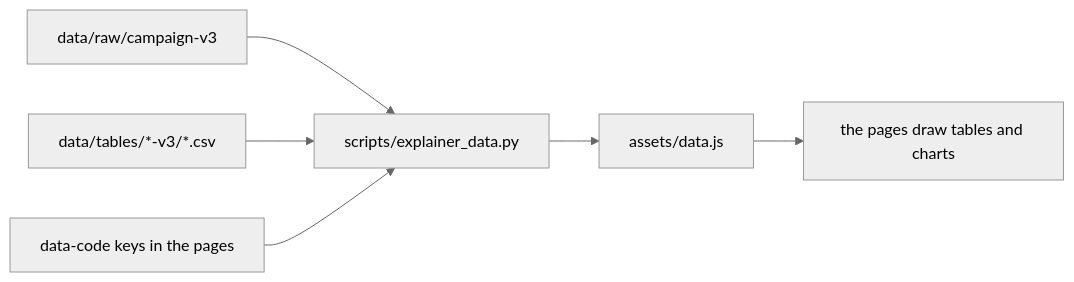
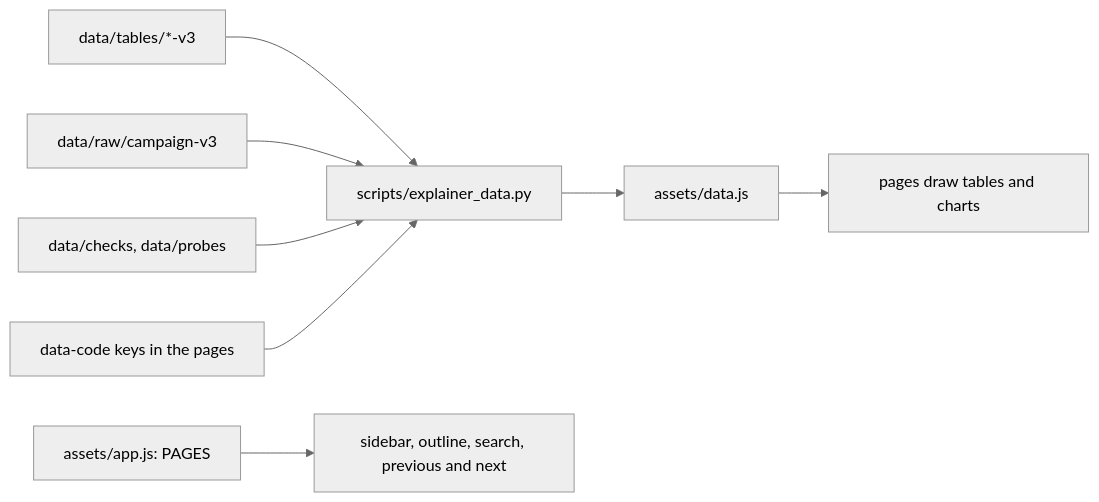
The diagram in docs/explainer/README.md (DavidCCoimbra/Scalability-of-Parallel-Code-in-WebAssembly-in-the-Browser-vs-Native), drawn with Mermaid (neutral theme) before and after one commit. The commit also changed other lines of this file and 24 other files, not shown here.

````diff
--- a/docs/explainer/README.md
+++ b/docs/explainer/README.md
@@ -19,8 +27,10 @@
 ```mermaid
 flowchart LR
-    raw[data/raw/campaign-v3] --> gen[scripts/explainer_data.py]
-    tables[data/tables/*-v3/*.csv] --> gen
-    pages[data-code keys in the pages] --> gen
-    gen --> data[assets/data.js]
-    data --> pages2[the pages draw tables and charts]
+    tables["data/tables/*-v3"] --> gen["scripts/explainer_data.py"]
+    raw["data/raw/campaign-v3"] --> gen
+    checks["data/checks, data/probes"] --> gen
+    keys["data-code keys in the pages"] --> gen
+    gen --> data["assets/data.js"]
+    data --> pages["pages draw tables and charts"]
+    app["assets/app.js: PAGES"] --> shell["sidebar, outline, search, previous and next"]
 ```
````
